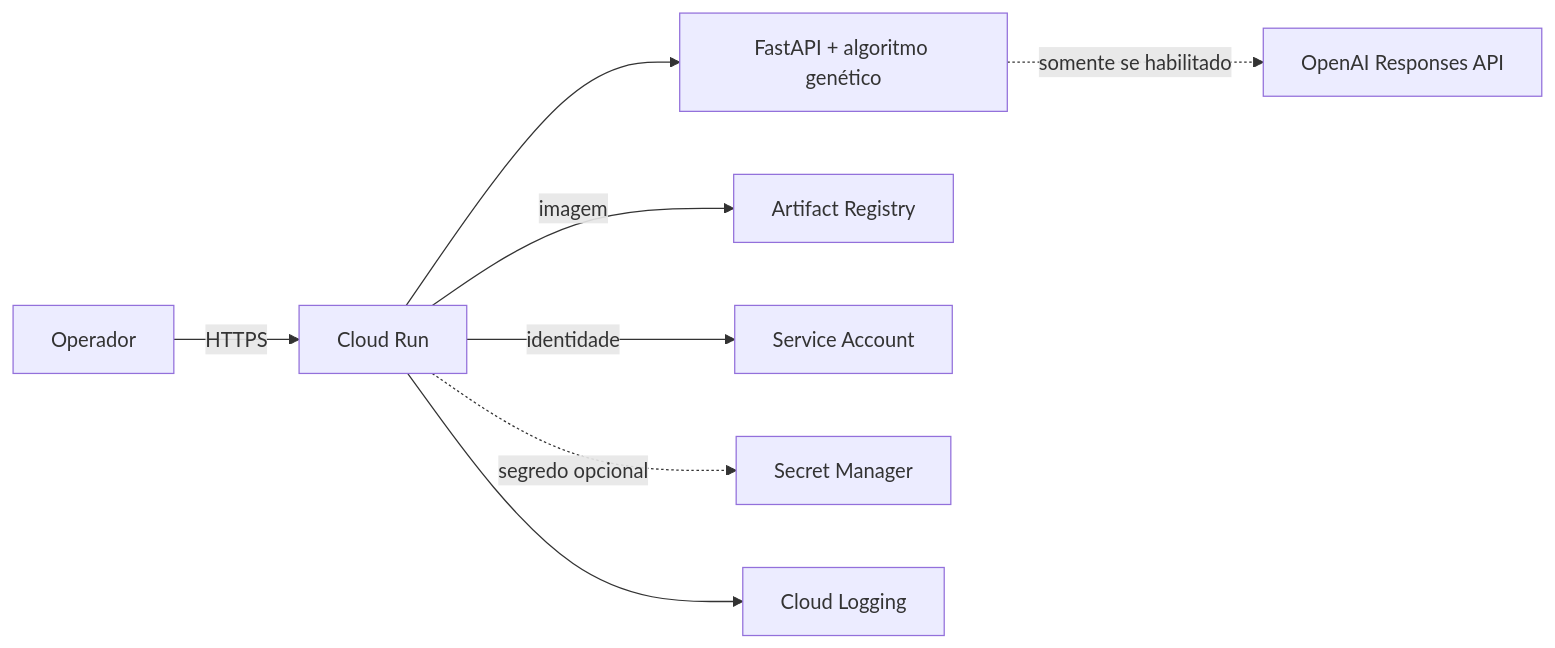
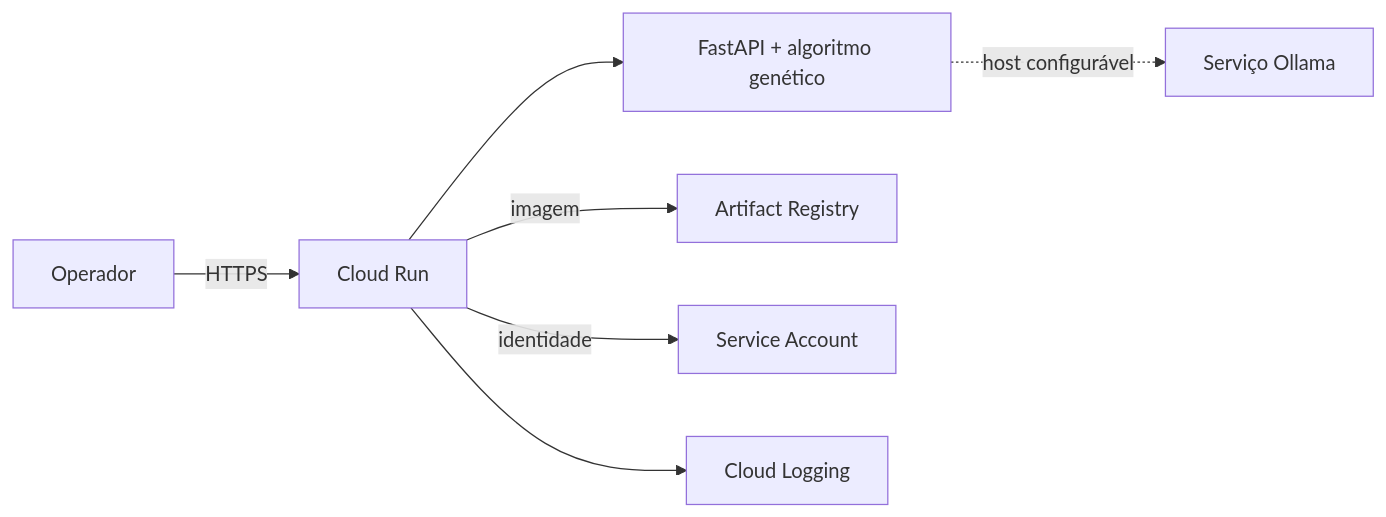
The diagram in docs/nuvem.md (caiodesigner/challenge-fiap-fase-2), drawn with Mermaid before and after one commit. The commit also changed other lines of this file and 31 other files, not shown here.

````diff
--- a/docs/nuvem.md
+++ b/docs/nuvem.md
@@ -22,10 +22,9 @@
 ```mermaid
 flowchart LR
     U[Operador] -->|HTTPS| R[Cloud Run]
     R --> A[FastAPI + algoritmo genético]
     R -->|imagem| AR[Artifact Registry]
     R -->|identidade| SA[Service Account]
-    R -.->|segredo opcional| SM[Secret Manager]
     R --> CL[Cloud Logging]
-    A -.->|somente se habilitado| O[OpenAI Responses API]
+    A -.->|host configurável| O[Serviço Ollama]
 ```
````
